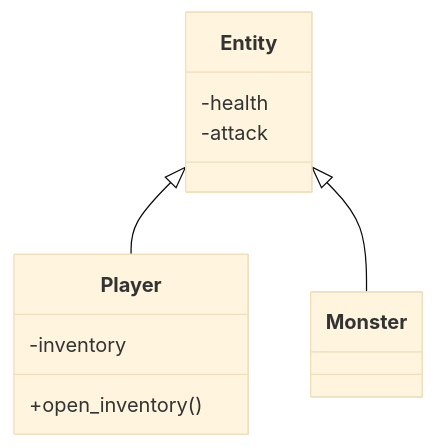
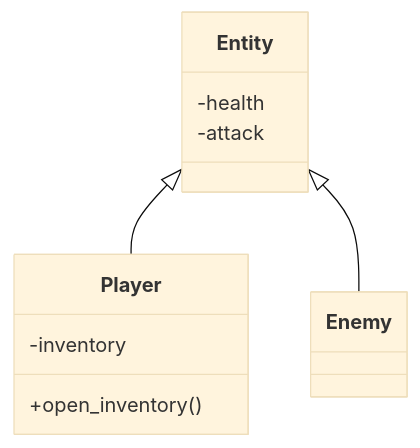
Before and after one commit to edward-yee-ny/j1-summary-project-private-: the third of 3 diagrams in README.md, drawn with Mermaid (base theme).

````diff
--- a/README.md
+++ b/README.md
@@ -72,9 +72,9 @@
 ```mermaid
 classDiagram
     Entity <|-- Player
-    Entity <|-- Monster
+    Entity <|-- Enemy
     Entity : -health
     Entity : -attack
     Player : -inventory
     Player : +open_inventory()
 ```
````
